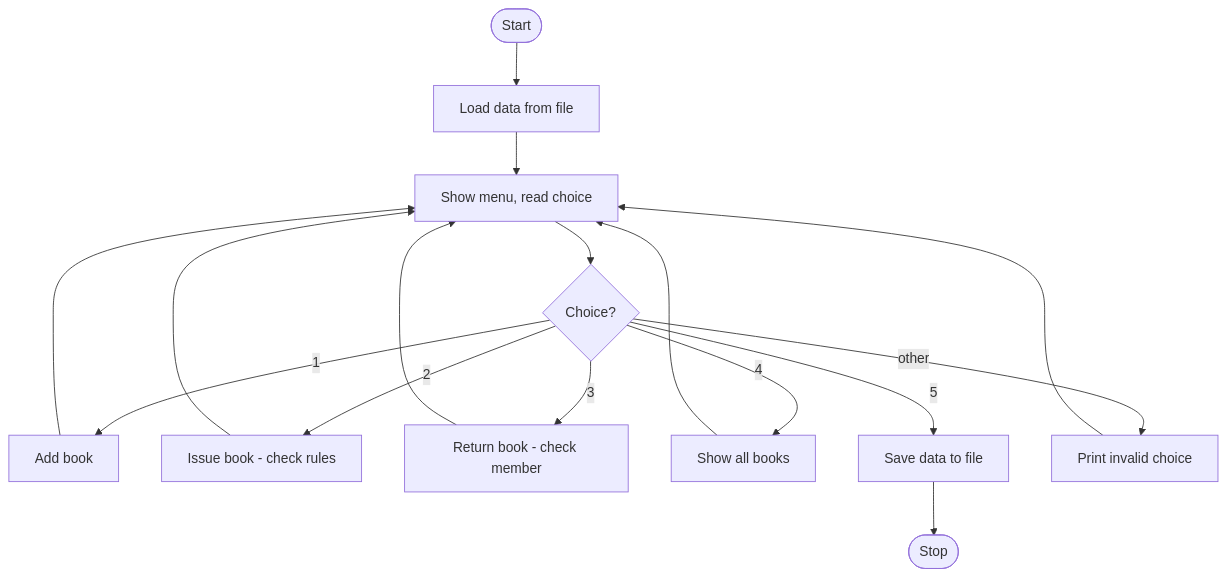
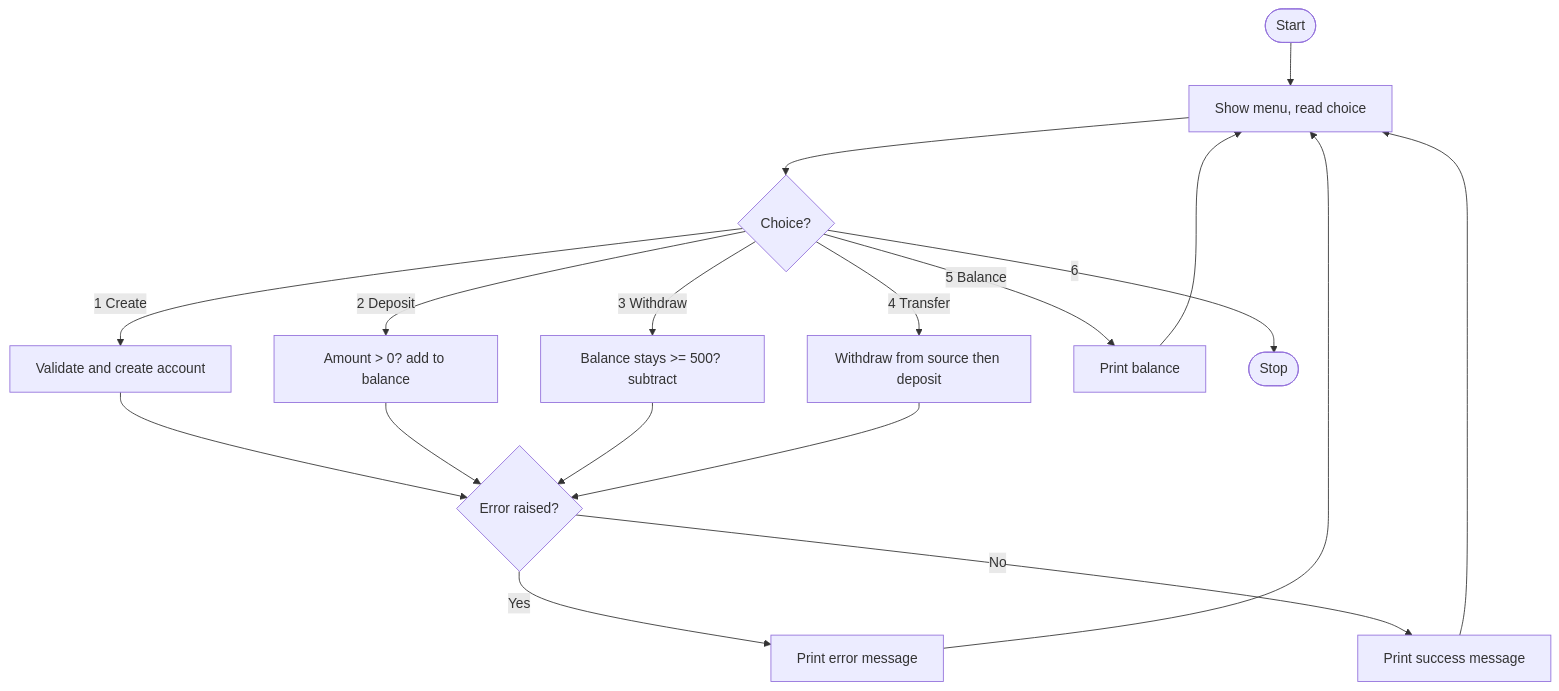
The diagram in README.md (thevisionn/2026_27_cse4-264_python_programming), drawn with Mermaid before and after one commit. The commit also changed other lines of this file, not shown here.

````diff
--- a/README.md
+++ b/README.md
@@ -58,18 +58,20 @@
 ```mermaid
 flowchart TD
-A(["Start"]) --> B["Load data from file"]
-B --> C["Show menu, read choice"]
-C --> D{"Choice?"}
-D -->|1| E["Add book"]
-D -->|2| F["Issue book - check rules"]
-D -->|3| G["Return book - check member"]
-D -->|4| H["Show all books"]
-D -->|5| I["Save data to file"]
-D -->|other| J["Print invalid choice"]
-E --> C
-F --> C
-G --> C
-H --> C
-J --> C
-I --> K(["Stop"])
+A(["Start"]) --> B["Show menu, read choice"]
+B --> C{"Choice?"}
+C -->|1 Create| D["Validate and create account"]
+C -->|2 Deposit| E["Amount > 0? add to balance"]
+C -->|3 Withdraw| F["Balance stays >= 500? subtract"]
+C -->|4 Transfer| G["Withdraw from source then deposit"]
+C -->|5 Balance| H["Print balance"]
+C -->|6| I(["Stop"])
+D --> X{"Error raised?"}
+E --> X
+F --> X
+G --> X
+H --> B
+X -->|Yes| Y["Print error message"]
+X -->|No| Z["Print success message"]
+Y --> B
+Z --> B
 ```
````
